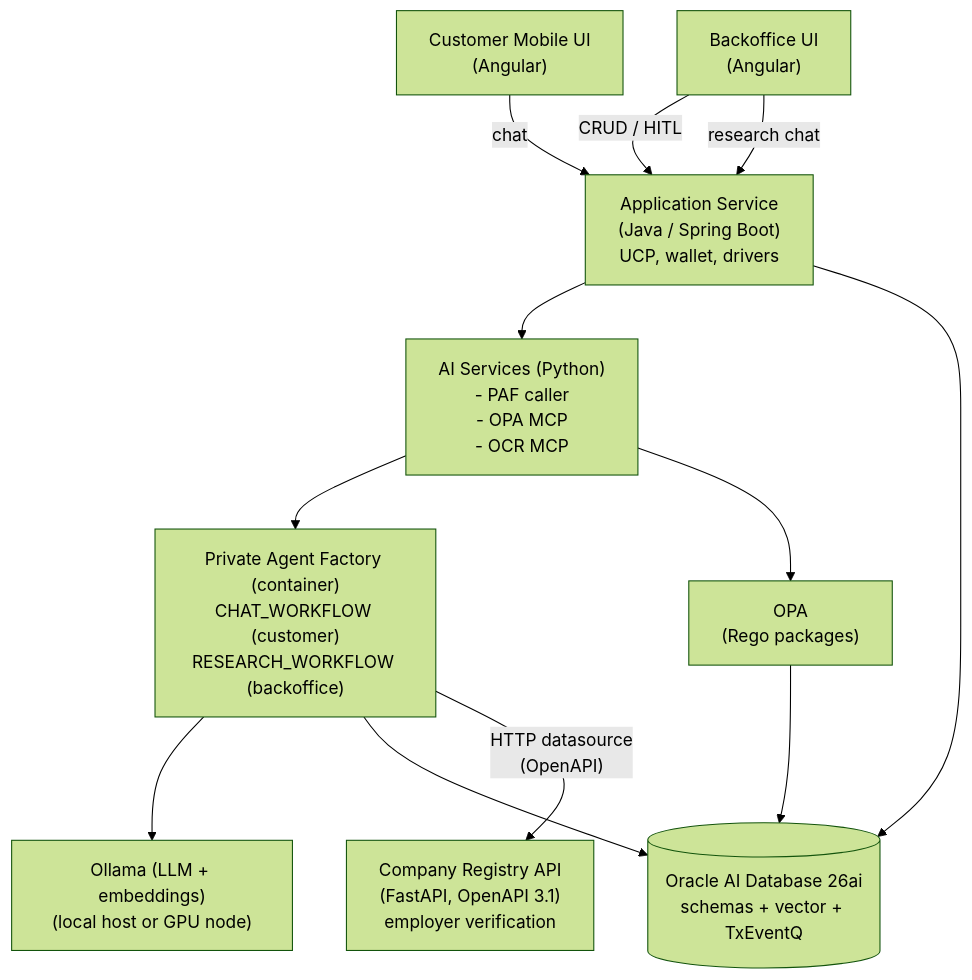
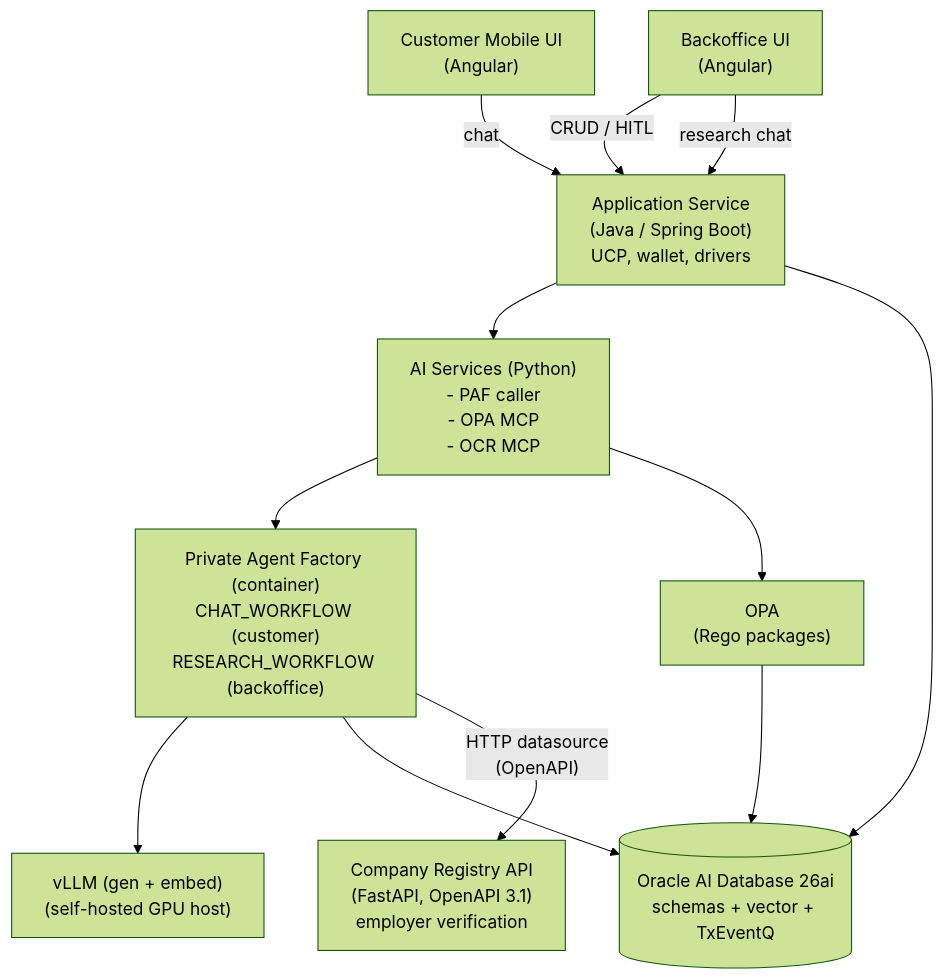
One commit to vmleon/oracle-database-private-agent-factory-poc changed the diagram in docs/DESIGN.md. Above: the diagram before and after it, drawn with Mermaid (forest theme). The commit also changed other lines of this file and 7 other files, not shown here.

Commit message:
feat: auto-rebuild wrappers on local up and sync docs for vLLM stack

````diff
--- a/docs/DESIGN.md
+++ b/docs/DESIGN.md
@@ -41,24 +41,24 @@
 ```mermaid
 flowchart TB
     mobile["Customer Mobile UI<br/>(Angular)"]
     backoffice["Backoffice UI<br/>(Angular)"]
     appsvc["Application Service<br/>(Java / Spring Boot)<br/>UCP, wallet, drivers"]
     ai["AI Services (Python)<br/>- PAF caller<br/>- OPA MCP<br/>- OCR MCP"]
     registry["Company Registry API<br/>(FastAPI, OpenAPI 3.1)<br/>employer verification"]
     paf["Private Agent Factory (container)<br/>CHAT_WORKFLOW (customer)<br/>RESEARCH_WORKFLOW (backoffice)"]
     opa["OPA<br/>(Rego packages)"]
-    ollama["Ollama (LLM + embeddings)<br/>(local host or GPU node)"]
+    vllm["vLLM (gen + embed)<br/>(self-hosted GPU host)"]
     db[("Oracle AI Database 26ai<br/>schemas + vector + TxEventQ")]
 
     mobile -- chat --> appsvc
     backoffice -- "CRUD / HITL" --> appsvc
     backoffice -- "research chat" --> appsvc
     appsvc --> ai
     ai --> paf
     ai --> opa
-    paf --> ollama
+    paf --> vllm
     paf --> db
     paf -- "HTTP datasource<br/>(OpenAPI)" --> registry
     opa --> db
     appsvc --> db
 ```
````
